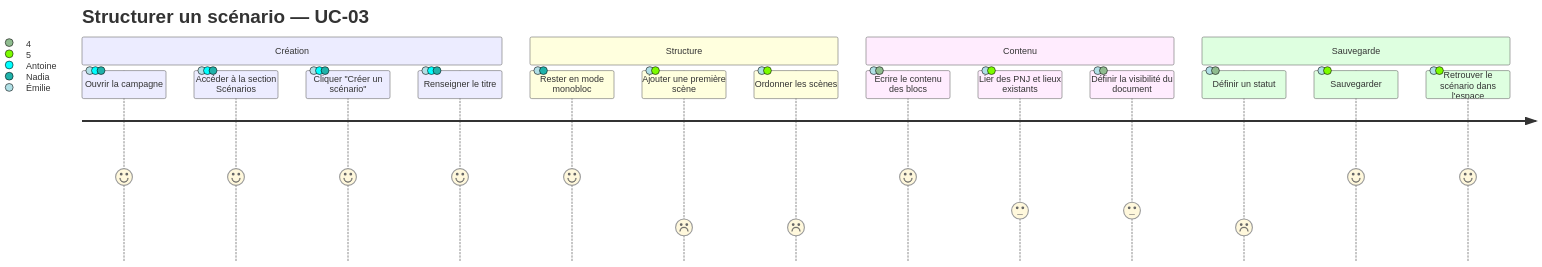
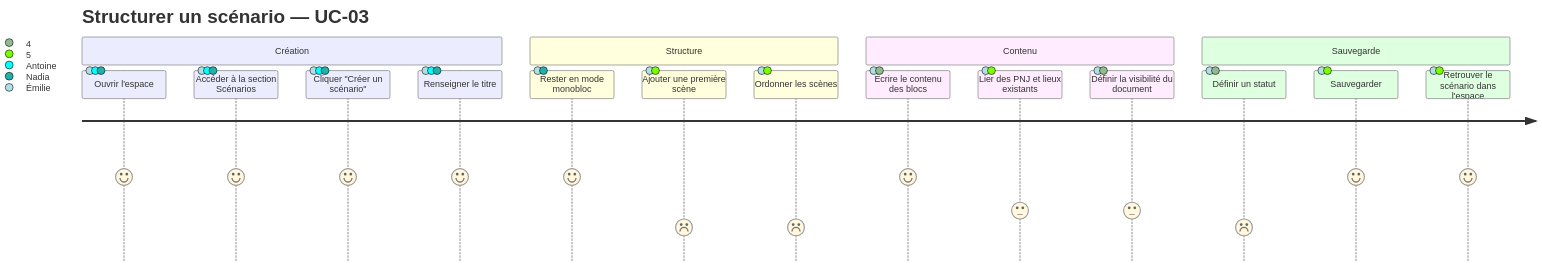
One commit to 2025-10-CDA-ECO-P6/PM-micro-saas changed the first of 2 diagrams in docs/conception/besoin/user-journeys/UJ-UC-03-structurer-scenario.md. Above: the diagram before and after it, drawn with Mermaid. The commit also changed other lines of this file and 140 other files, not shown here.

````diff
--- a/docs/conception/besoin/user-journeys/UJ-UC-03-structurer-scenario.md
+++ b/docs/conception/besoin/user-journeys/UJ-UC-03-structurer-scenario.md
@@ -25,21 +25,21 @@
 ```mermaid
 journey
     title Structurer un scénario — UC-03
     section Création
-        Ouvrir la campagne: 5: Émilie, Antoine, Nadia
+        Ouvrir l'espace: 5: Émilie, Antoine, Nadia
         Accéder à la section Scénarios: 5: Émilie, Antoine, Nadia
         Cliquer "Créer un scénario": 5: Émilie, Antoine, Nadia
         Renseigner le titre: 5: Émilie, Antoine, Nadia
     section Structure
         Rester en mode monobloc: 5: Émilie, Nadia
         Ajouter une première scène: 2: Émilie, 5: Antoine, 3: Nadia
         Ordonner les scènes: 2: Émilie, 5: Antoine, 3: Nadia
     section Contenu
         Écrire le contenu des blocs: 5: Émilie, 4: Antoine, 5: Nadia
         Lier des PNJ et lieux existants: 3: Émilie, 5: Antoine, 2: Nadia
         Définir la visibilité du document: 3: Émilie, 4: Antoine, 3: Nadia
     section Sauvegarde
         Définir un statut: 2: Émilie, 4: Antoine, 3: Nadia
         Sauvegarder: 5: Émilie, 5: Antoine, 5: Nadia
         Retrouver le scénario dans l'espace: 5: Émilie, 5: Antoine, 5: Nadia
 ```
````
